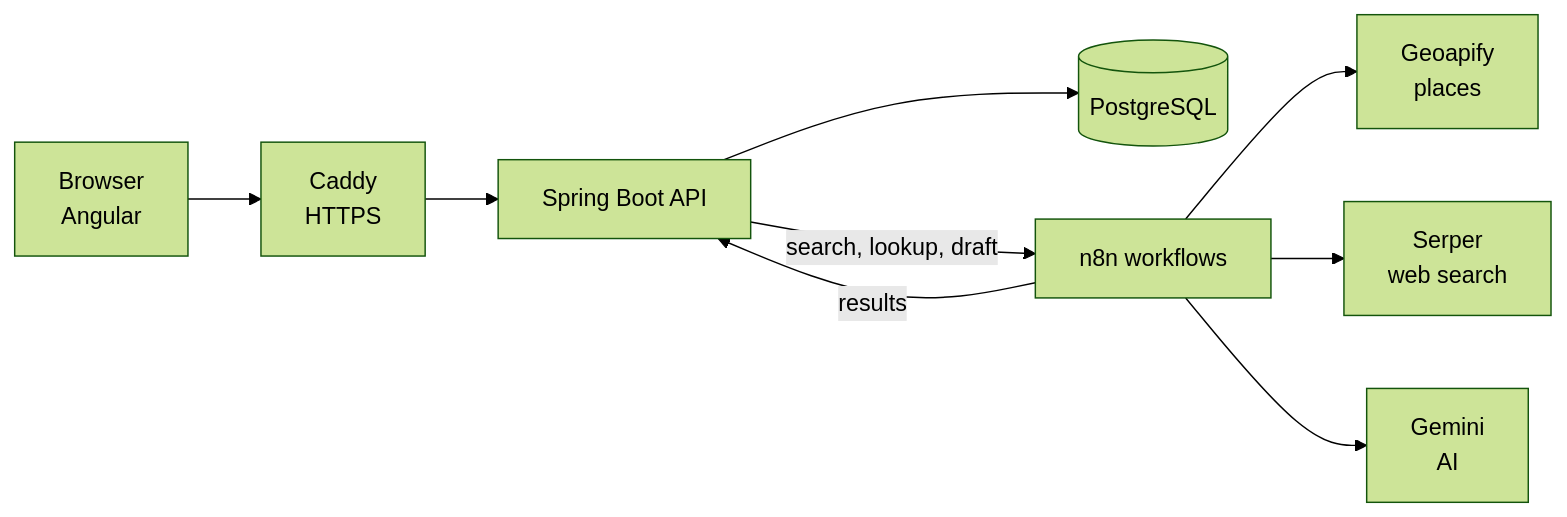
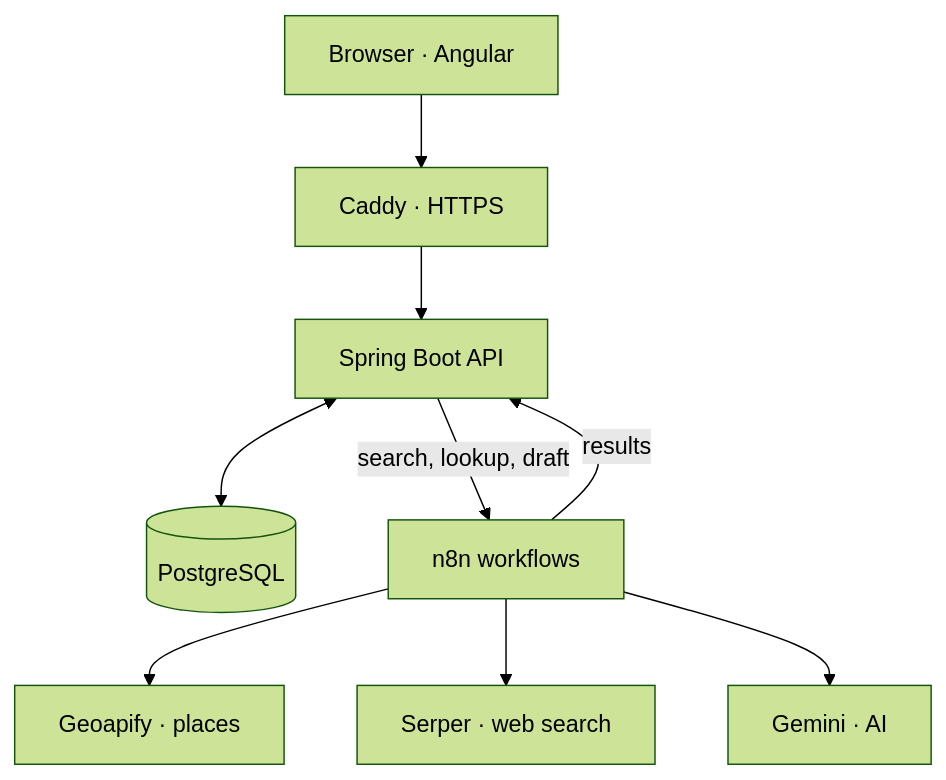
Before and after one commit to sebai-dhia/leadforge: the diagram in README.md, drawn with Mermaid (forest theme). The commit also changed other lines of this file, not shown here.

Commit message:
README: table headers, diagram top to bottom so it stays readable

````diff
--- a/README.md
+++ b/README.md
@@ -39,11 +39,11 @@
 ```mermaid
-flowchart LR
-    A[Browser<br/>Angular] --> B[Caddy<br/>HTTPS]
+flowchart TB
+    A[Browser · Angular] --> B[Caddy · HTTPS]
     B --> C[Spring Boot API]
-    C --> D[(PostgreSQL)]
+    C <--> D[(PostgreSQL)]
     C -- search, lookup, draft --> E[n8n workflows]
     E -- results --> C
-    E --> F[Geoapify<br/>places]
-    E --> G[Serper<br/>web search]
-    E --> H[Gemini<br/>AI]
+    E --> F[Geoapify · places]
+    E --> G[Serper · web search]
+    E --> H[Gemini · AI]
 ```
````
